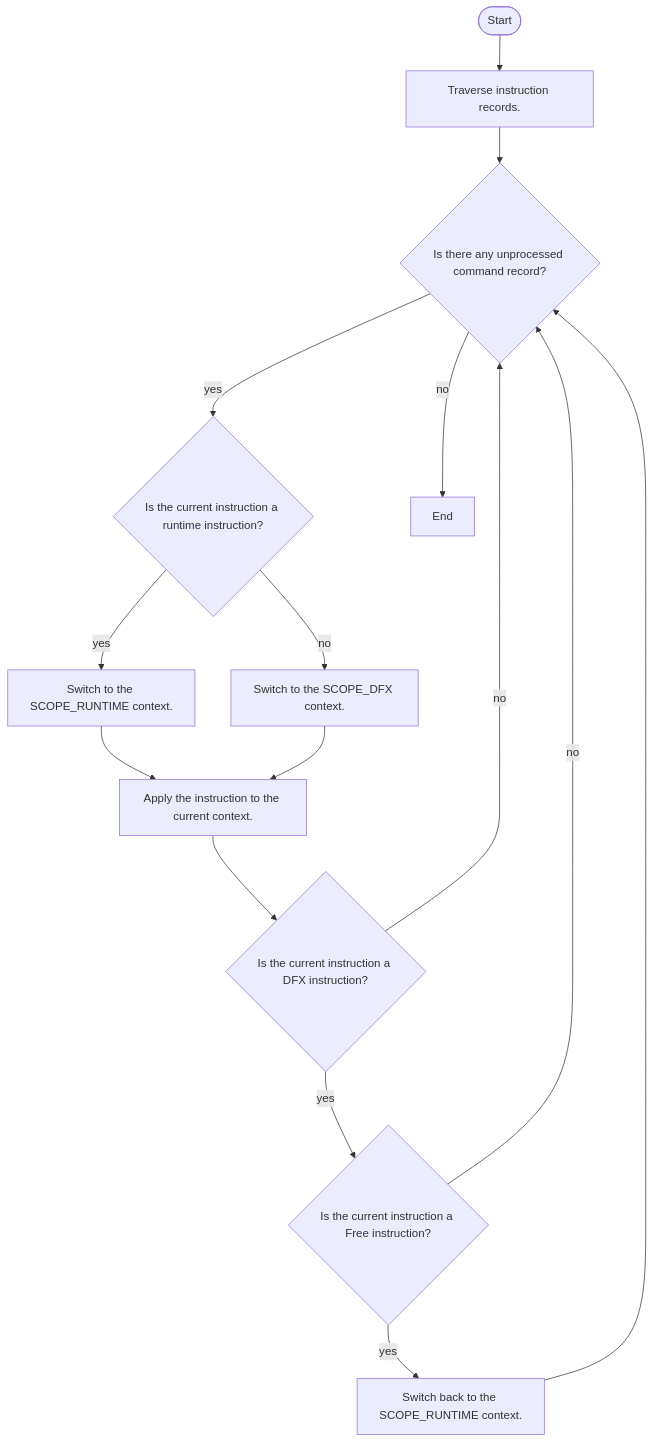
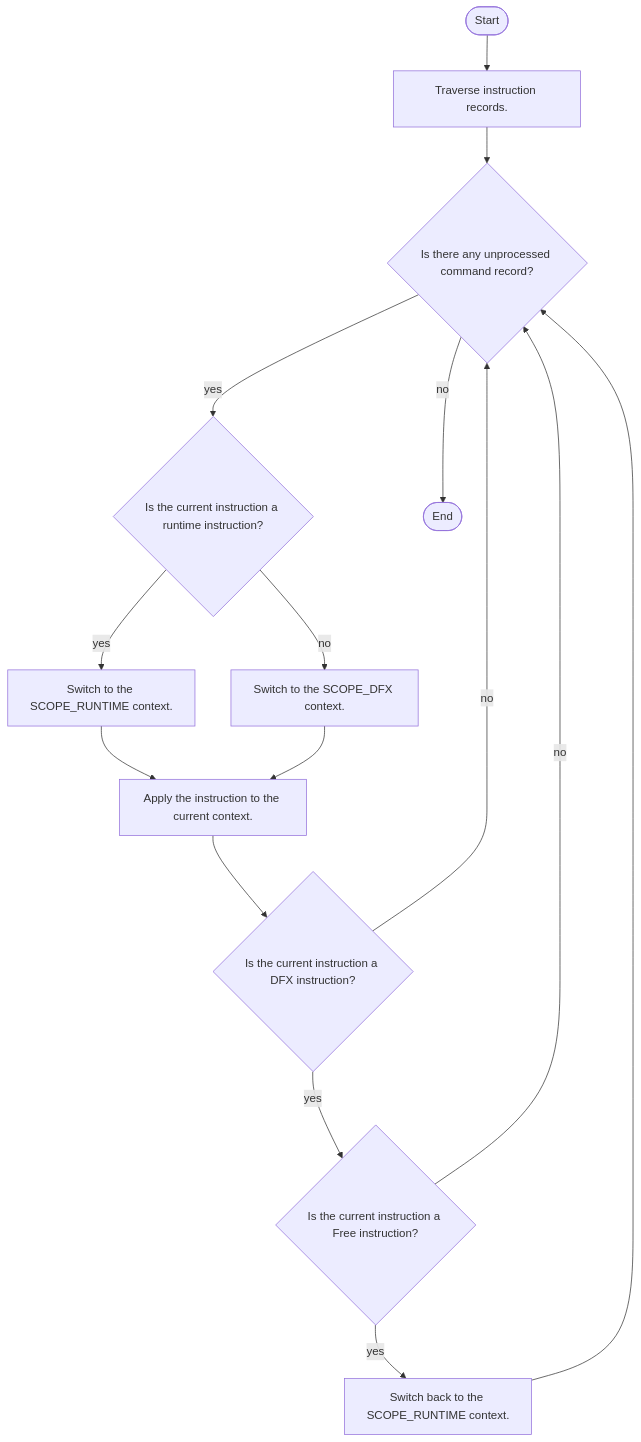
Diagram 13 of 24 in mssanitizer/docs/en/development_guide/architecture.md (mindstudio-docs/master), drawn with Mermaid before and after one commit. The commit also changed other lines of this file and 55 other files, not shown here.

````diff
--- a/mssanitizer/docs/en/development_guide/architecture.md
+++ b/mssanitizer/docs/en/development_guide/architecture.md
@@ -677,17 +677,17 @@
 ```mermaid
 flowchart TD
     A([Start]) --> B[Traverse instruction records.]
     B --> C{Is there any unprocessed command record?}
     C -->|yes| D{Is the current instruction a runtime instruction?}
     D -->|yes| E[Switch to the SCOPE_RUNTIME context.]
     D -->|no| F[Switch to the SCOPE_DFX context.]
     E --> G[Apply the instruction to the current context.]
     F --> G
     G --> H{Is the current instruction a DFX instruction?}
     H -->|yes| I{Is the current instruction a Free instruction?}
     I -->|yes| J[Switch back to the SCOPE_RUNTIME context.]
     I -->|no| C
     J --> C
     H -->|no| C
-    C -->|no| K[End]
+    C -->|no| K([End])
 ```
````
